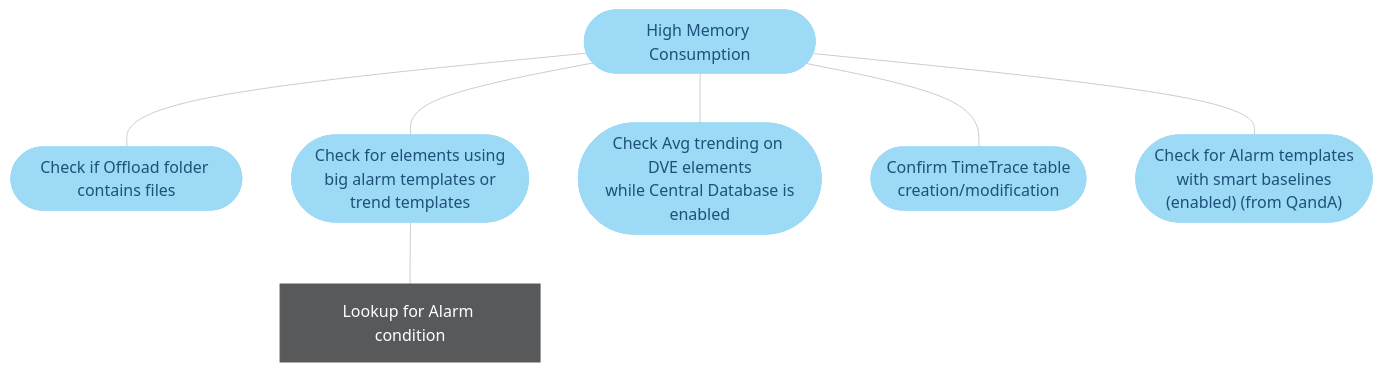
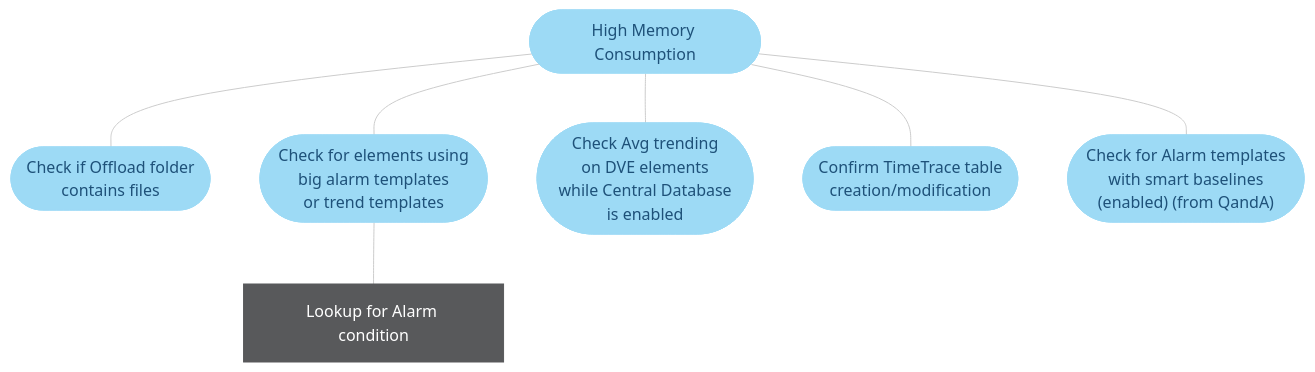
The second of 5 diagrams in user-guide/Troubleshooting/Troubleshooting_Flowcharts/Troubleshooting_Process_Identification/Database_processes/Troubleshooting_SLDataGateway_exe.md (SkylineCommunications/dataminer-docs), drawn with Mermaid before and after one commit. The commit also changed 5 other files, not shown here.

```diff
--- a/user-guide/Troubleshooting/Troubleshooting_Flowcharts/Troubleshooting_Process_Identification/Database_processes/Troubleshooting_SLDataGateway_exe.md
+++ b/user-guide/Troubleshooting/Troubleshooting_Flowcharts/Troubleshooting_Process_Identification/Database_processes/Troubleshooting_SLDataGateway_exe.md
@@ -66,39 +66,39 @@
 <div class="mermaid">
 flowchart TD
 %% -------------------------------------------------------------------------
 %% Cassandra flowchart - Nodetool Status
 %% -------------------------------------------------------------------------
 %% -------------------------------------------------------------------------
 %% Define styles
 %% -------------------------------------------------------------------------
 linkStyle default stroke:#cccccc
 classDef classAction fill:#dddddd,stroke:#dddddd,color:#1E5179,stroke-width:1px;
 classDef classActionClickable fill:#999999,stroke:#999999,color:#ffffff,stroke-width:1px;
 classDef classDecision fill:#4baeea,stroke:#4baeea,color:#ffffff,stroke-width:1px;
 classDef classExternalRef fill:#9ddaf5,stroke:#9ddaf5,color:#1E5179,stroke-width:1px;
 classDef classSolution fill:#58595b,stroke:#58595b,color:#ffffff,stroke-width:1px;
 classDef classTerminal fill:#1e5179,stroke:#1e5179,color:#ffffff,stroke-width:1px;
 %% -------------------------------------------------------------------------
 %% flowchart structure
 %% -------------------------------------------------------------------------
 Action_HighMemory([High Memory Consumption]):::classExternalRef
-Action_OffloadFolder([Check if Offload folder contains files]):::classExternalRef
-Action_ElementsBigAlarms([Check for elements using<br> big alarm templates or trend templates]):::classExternalRef
+Action_OffloadFolder([Check if Offload folder <br>contains files]):::classExternalRef
+Action_ElementsBigAlarms([Check for elements using<br> big alarm templates <br>or trend templates]):::classExternalRef
 Action_AlarmCondition[Lookup for Alarm condition]:::classSolution
-Action_CheckAVGtrending([Check Avg trending on DVE elements<br> while Central Database is enabled]):::classExternalRef
+Action_CheckAVGtrending([Check Avg trending <br>on DVE elements<br> while Central Database <br>is enabled]):::classExternalRef
 Action_TimetraceTable(["Confirm TimeTrace table <br>creation/modification"]):::classExternalRef
 Action_AlarmTemplates(["Check for Alarm templates<br> with smart baselines <br>(enabled) (from QandA)"]):::classExternalRef
     Action_HighMemory --- Action_OffloadFolder
     Action_HighMemory --- Action_ElementsBigAlarms --- Action_AlarmCondition
     Action_HighMemory --- Action_CheckAVGtrending
     Action_HighMemory --- Action_TimetraceTable
     Action_HighMemory --- Action_AlarmTemplates
 %% -------------------------------------------------------------------------
 %% all blocks terminating at a common End?
 %% -------------------------------------------------------------------------
 %% -------------------------------------------------------------------------
 %% Define hyperlinks %%
 %% -------------------------------------------------------------------------
 click HOME "https://docs.dataminer.services/user-guide/Troubleshooting/Troubleshooting_Flowcharts/Finding_a_Root_Cause.html"
 %% -------------------------------------------------------------------------
 </div>
```
